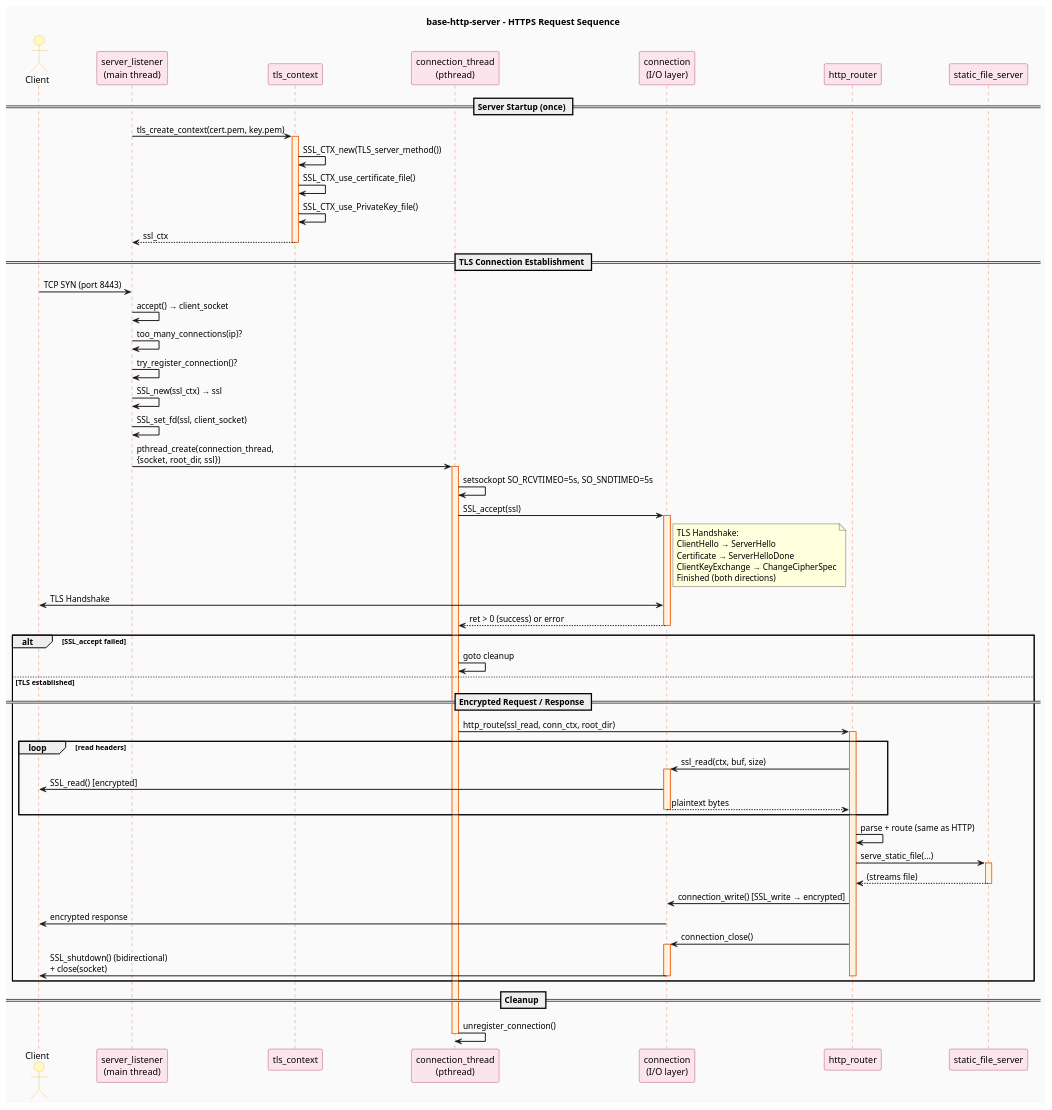
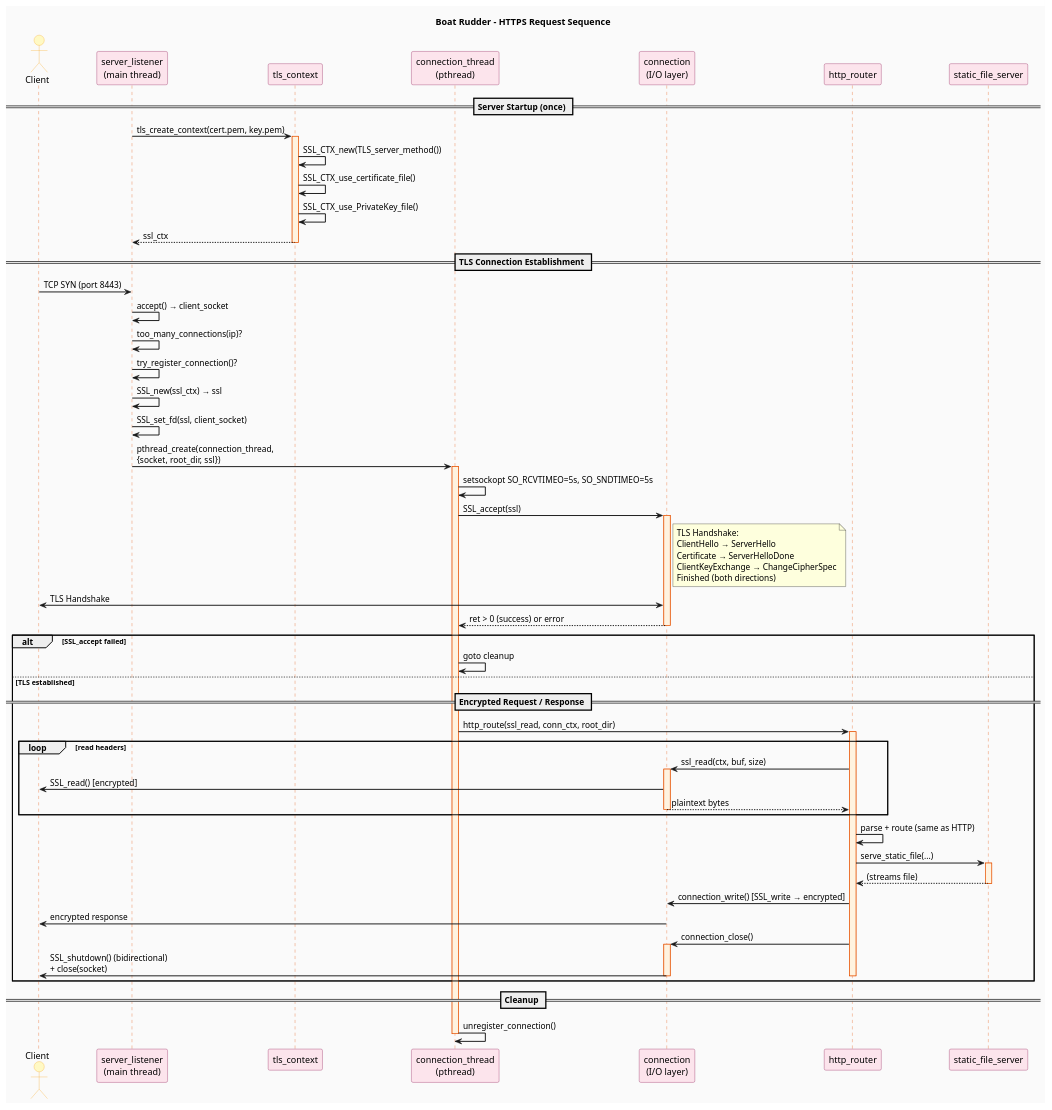
The diagram in develop_docs/diagrams/sequence-https.puml (jpablotoledom/boat-rudder), drawn with PlantUML before and after one commit. The commit also changed 109 other files, not shown here.

```diff
--- a/develop_docs/diagrams/sequence-https.puml
+++ b/develop_docs/diagrams/sequence-https.puml
@@ -1,102 +1,102 @@
 @startuml sequence-https
 
-title base-http-server - HTTPS Request Sequence
+title Boat Rudder - HTTPS Request Sequence
 
 skinparam backgroundColor #FAFAFA
 skinparam sequenceArrowThickness 1.5
 skinparam sequence {
     LifeLineBackgroundColor #FFF3E0
     LifeLineBorderColor #E65100
     ActorBackgroundColor #FFF9C4
     ActorBorderColor #F9A825
     ParticipantBackgroundColor #FCE4EC
     ParticipantBorderColor #880E4F
 }
 
 actor Client
 
 participant "server_listener\n(main thread)" as SS
 participant "tls_context" as SSLM
 participant "connection_thread\n(pthread)" as CT
 participant "connection\n(I/O layer)" as CONN
 participant "http_router" as RH
 participant "static_file_server" as SH
 
 == Server Startup (once) ==
 
 SS -> SSLM : tls_create_context(cert.pem, key.pem)
 activate SSLM
 SSLM -> SSLM : SSL_CTX_new(TLS_server_method())
 SSLM -> SSLM : SSL_CTX_use_certificate_file()
 SSLM -> SSLM : SSL_CTX_use_PrivateKey_file()
 SSLM --> SS : ssl_ctx
 deactivate SSLM
 
 == TLS Connection Establishment ==
 
 Client -> SS : TCP SYN (port 8443)
 SS -> SS : accept() → client_socket
 SS -> SS : too_many_connections(ip)?
 SS -> SS : try_register_connection()?
 SS -> SS : SSL_new(ssl_ctx) → ssl
 SS -> SS : SSL_set_fd(ssl, client_socket)
 SS -> CT : pthread_create(connection_thread,\n{socket, root_dir, ssl})
 
 activate CT
 CT -> CT : setsockopt SO_RCVTIMEO=5s, SO_SNDTIMEO=5s
 
 CT -> CONN : SSL_accept(ssl)
 activate CONN
 note right of CONN
   TLS Handshake:
   ClientHello → ServerHello
   Certificate → ServerHelloDone
   ClientKeyExchange → ChangeCipherSpec
   Finished (both directions)
 end note
 CONN <-> Client : TLS Handshake
 CONN --> CT : ret > 0 (success) or error
 deactivate CONN
 
 alt SSL_accept failed
     CT -> CT : goto cleanup
 else TLS established
 
 == Encrypted Request / Response ==
 
 CT -> RH : http_route(ssl_read, conn_ctx, root_dir)
 
 activate RH
 loop read headers
     RH -> CONN : ssl_read(ctx, buf, size)
     activate CONN
     CONN -> Client : SSL_read() [encrypted]
     CONN --> RH : plaintext bytes
     deactivate CONN
 end
 
 RH -> RH : parse + route (same as HTTP)
 
 RH -> SH : serve_static_file(...)
 activate SH
 SH --> RH : (streams file)
 deactivate SH
 
 RH -> CONN : connection_write() [SSL_write → encrypted]
 CONN -> Client : encrypted response
 
 RH -> CONN : connection_close()
 activate CONN
 CONN -> Client : SSL_shutdown() (bidirectional)\n+ close(socket)
 deactivate CONN
 
 deactivate RH
 
 end
 
 == Cleanup ==
 
 CT -> CT : unregister_connection()
 deactivate CT
 
 @enduml
```
